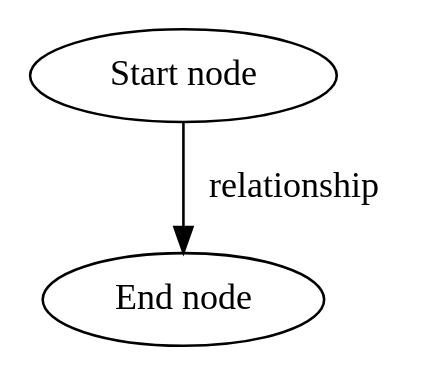
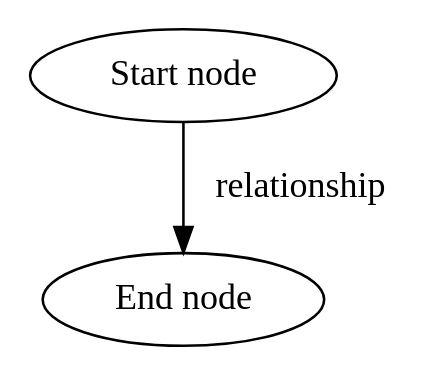
The third of 3 diagrams in book1/content/chapter3.asciidoc (shawngiese/mydocs), drawn with Graphviz before and after one commit. The commit also changed other lines of this file and 11 other files, not shown here.

```diff
--- a/book1/content/chapter3.asciidoc
+++ b/book1/content/chapter3.asciidoc
@@ -46,6 +47,6 @@
-["graphviz", "../images/test_sample3.png"]
+["graphviz", "../images/test_sample3.svg"]
 ----
 digraph C {
-"Start node" -> "End node" [label="relationship"]
+  "Start node" -> "End node" [label=" relationship"]
 }
 ----
```
